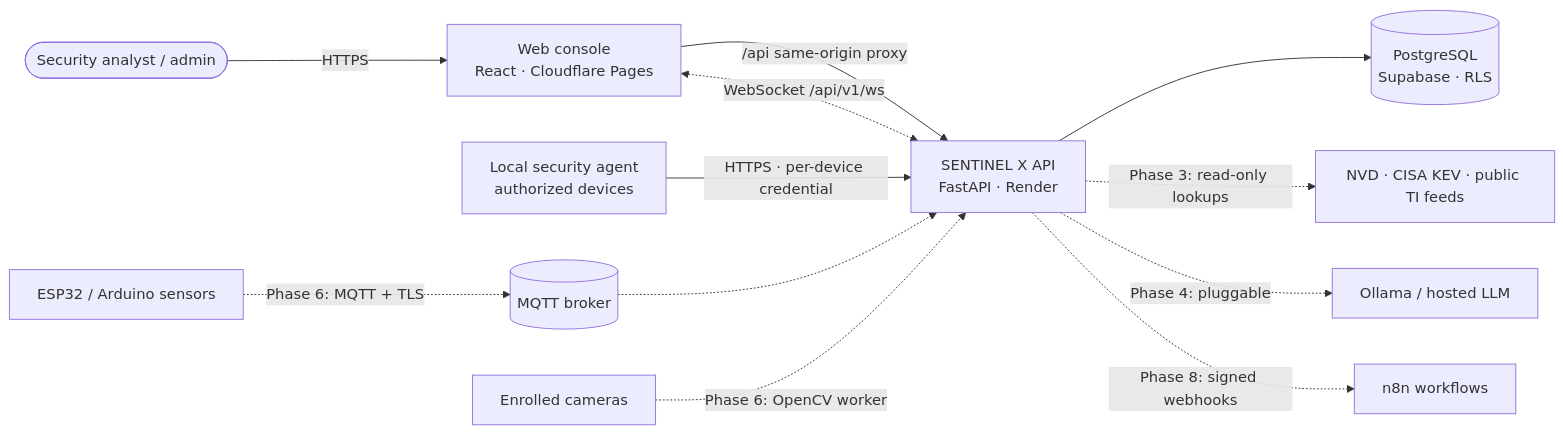
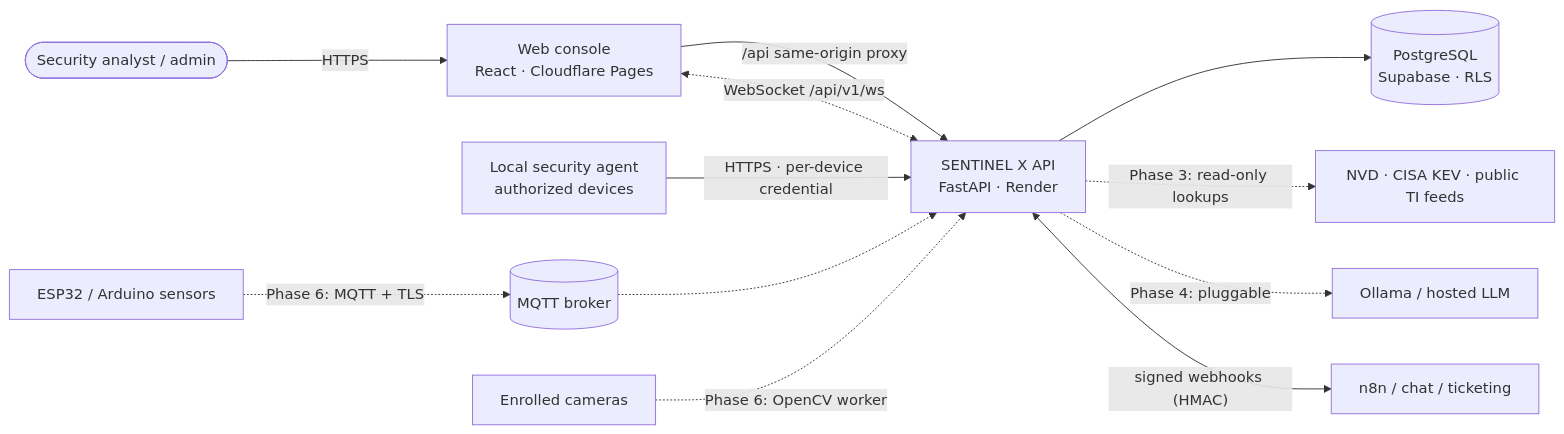
Before and after one commit to adilsultan9878-cell/new-tasks: the first of 9 diagrams in docs/ARCHITECTURE.md, drawn with Mermaid. The commit also changed other lines of this file and 28 other files, not shown here.

````diff
--- a/docs/ARCHITECTURE.md
+++ b/docs/ARCHITECTURE.md
@@ -25,13 +25,13 @@
 ```mermaid
 flowchart LR
     analyst([Security analyst / admin]) -->|HTTPS| console[Web console<br/>React · Cloudflare Pages]
     console -->|/api same-origin proxy| api[SENTINEL X API<br/>FastAPI · Render]
     api --> db[(PostgreSQL<br/>Supabase · RLS)]
     agent[Local security agent<br/>authorized devices] -->|"HTTPS · per-device credential"| api
     console <-.->|"WebSocket /api/v1/ws"| api
     iot[ESP32 / Arduino sensors] -. "Phase 6: MQTT + TLS" .-> broker[(MQTT broker)] -.-> api
     cams[Enrolled cameras] -. "Phase 6: OpenCV worker" .-> api
     api -. "Phase 3: read-only lookups" .-> intel[NVD · CISA KEV · public TI feeds]
     api -. "Phase 4: pluggable" .-> llm[Ollama / hosted LLM]
-    api -. "Phase 8: signed webhooks" .-> n8n[n8n workflows]
+    api <-->|"signed webhooks (HMAC)"| n8n[n8n / chat / ticketing]
 ```
````
